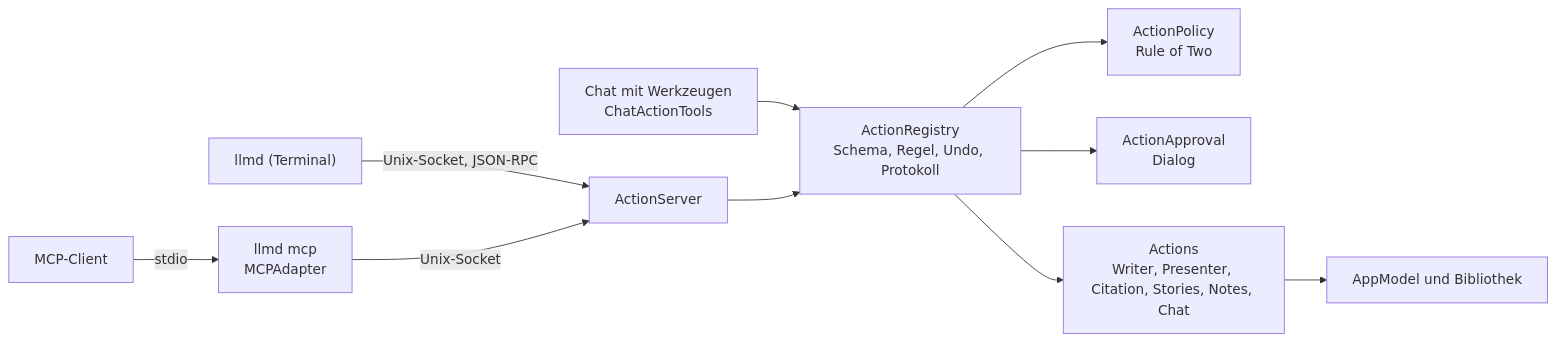
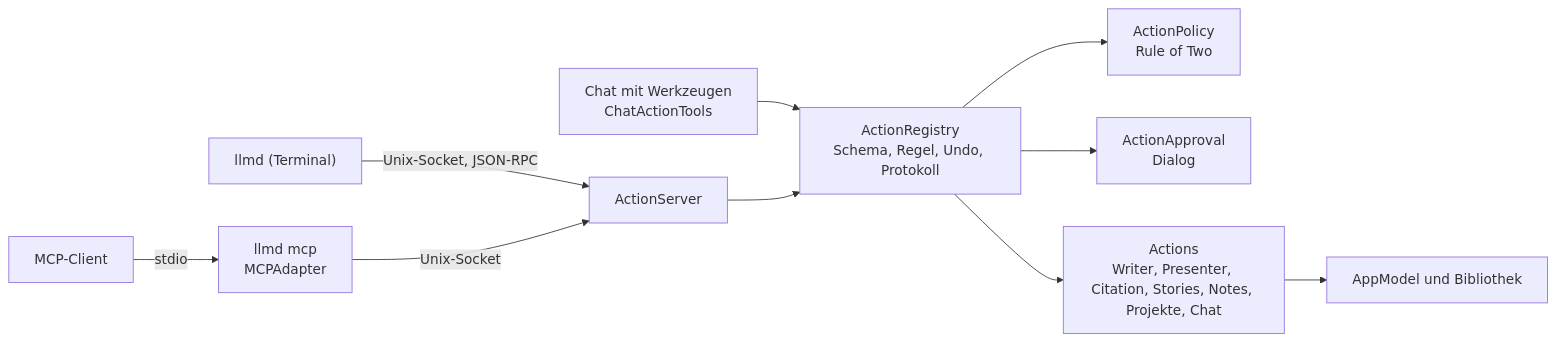
Before and after one commit to AlexEhrenberger/LLMDesigner: the first of 2 diagrams in docs/actions.md, drawn with Mermaid. The commit also changed other lines of this file and 45 other files, not shown here.

````diff
--- a/docs/actions.md
+++ b/docs/actions.md
@@ -12,11 +12,11 @@
 ```mermaid
 flowchart LR
     CLI["llmd (Terminal)"] -->|"Unix-Socket, JSON-RPC"| SRV["ActionServer"]
     MCP["MCP-Client"] -->|stdio| AD["llmd mcp<br/>MCPAdapter"] -->|"Unix-Socket"| SRV
     CHAT["Chat mit Werkzeugen<br/>ChatActionTools"] --> REG
     SRV --> REG["ActionRegistry<br/>Schema, Regel, Undo, Protokoll"]
     REG --> POL["ActionPolicy<br/>Rule of Two"]
     REG --> APP["ActionApproval<br/>Dialog"]
-    REG --> ACT["Actions<br/>Writer, Presenter, Citation, Stories, Notes, Chat"]
+    REG --> ACT["Actions<br/>Writer, Presenter, Citation, Stories, Notes, Projekte, Chat"]
     ACT --> AM["AppModel und Bibliothek"]
 ```
````
